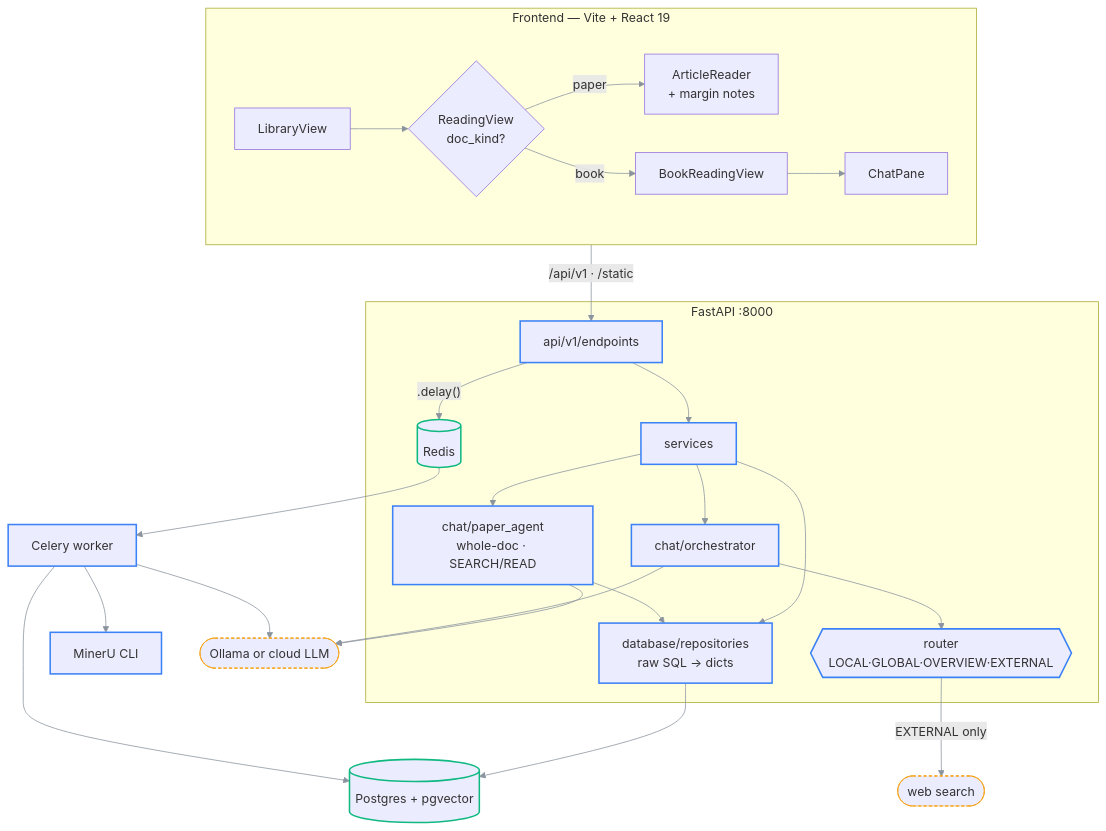
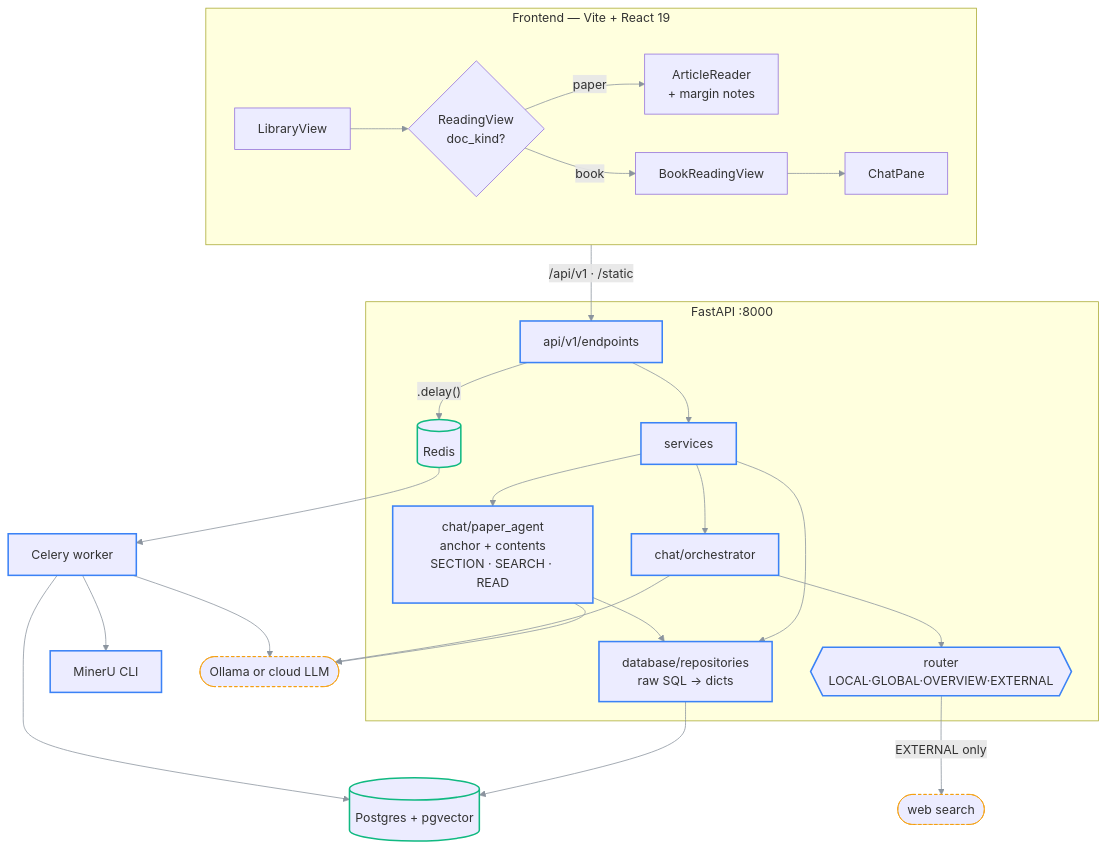
The diagram in docs/02-architecture/overview.md (Khaled-Saleh-KL1/9XAIPal), drawn with Mermaid before and after one commit. The commit also changed other lines of this file and 80 other files, not shown here.

First line of the commit message:
Desk: cross-paper studies, agent trail, Tavily search, library covers — plus extraction and reader fixes (#23)

````diff
--- a/docs/02-architecture/overview.md
+++ b/docs/02-architecture/overview.md
@@ -108,36 +119,36 @@
 ```mermaid
 %%{init: {'themeVariables': {'fontFamily': 'ui-monospace, SFMono-Regular, Menlo, monospace', 'lineColor': '#8b949e'}}}%%
 flowchart TD
     subgraph FE["Frontend — Vite + React 19"]
         LV[LibraryView] --> RV{ReadingView<br/>doc_kind?}
         RV -->|paper| AR[ArticleReader<br/>+ margin notes]
         RV -->|book| BR[BookReadingView] --> CP[ChatPane]
     end
     FE -->|"/api/v1 · /static"| EP[api/v1/endpoints]
 
     subgraph BE["FastAPI :8000"]
         EP --> SVC[services]
         SVC --> REPO[database/repositories<br/>raw SQL → dicts]
-        SVC --> PA[chat/paper_agent<br/>whole-doc · SEARCH/READ]
+        SVC --> PA[chat/paper_agent<br/>anchor + contents<br/>SECTION · SEARCH · READ]
         SVC --> ORCH[chat/orchestrator]
         ORCH --> RT{{router<br/>LOCAL·GLOBAL·OVERVIEW·EXTERNAL}}
         EP -->|".delay()"| Q[(Redis)]
     end
 
     PA --> REPO
     REPO --> PG[(Postgres + pgvector)]
     Q --> WK[Celery worker]
     WK --> MU[MinerU CLI]
     WK --> PG
     WK --> AI([Ollama or cloud LLM])
     PA --> AI
     ORCH --> AI
     RT -->|EXTERNAL only| WEB([web search])
 
     classDef owned stroke:#3b82f6,stroke-width:2px
     classDef store stroke:#10b981,stroke-width:2px
     classDef ext stroke:#f59e0b,stroke-dasharray:4 3
     class EP,SVC,REPO,PA,ORCH,RT,WK,MU owned
     class PG,Q store
     class AI,WEB ext
 ```
````
